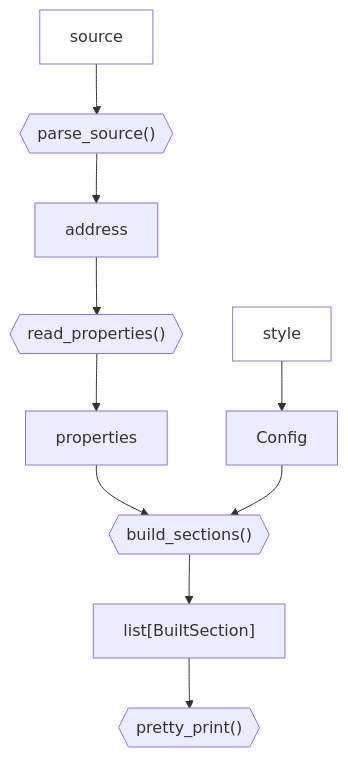
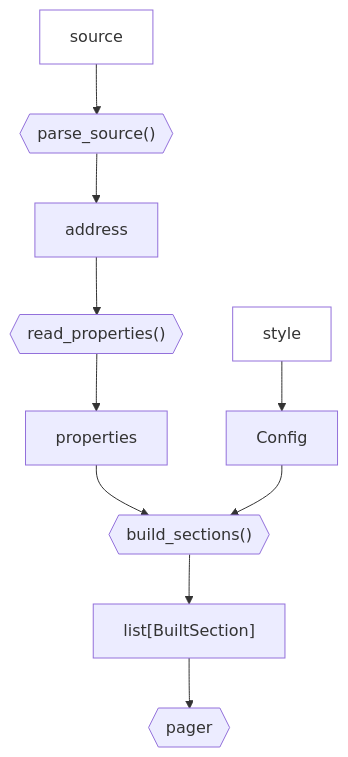
Before and after one commit to seedcase-project/seedcase-flower: the second of 2 diagrams in docs/design/interface/python.qmd, drawn with Mermaid. The commit also changed other lines of this file and 6 other files, not shown here.

````diff
--- a/docs/design/interface/python.qmd
+++ b/docs/design/interface/python.qmd
@@ -93,12 +93,12 @@
 ```{mermaid}
 %%| label: fig-python-view-flow
 %%| fig-cap: "Diagram of the internal flow of functions and objects in the `view()` CLI function."
 flowchart TD
     source:::input --> parse_source{{"parse_source()"}} --> address
     style_cfg[style]:::input --> Config
     address --> read_properties{{"read_properties()"}} --> properties
     properties & Config --> build_sections{{"build_sections()"}} --> output["list[BuiltSection]"]
-    output --> pretty_print{{"pretty_print()"}}
+    output --> pager{{"pager"}}
 
     classDef input fill:#FFF
 ```
````
